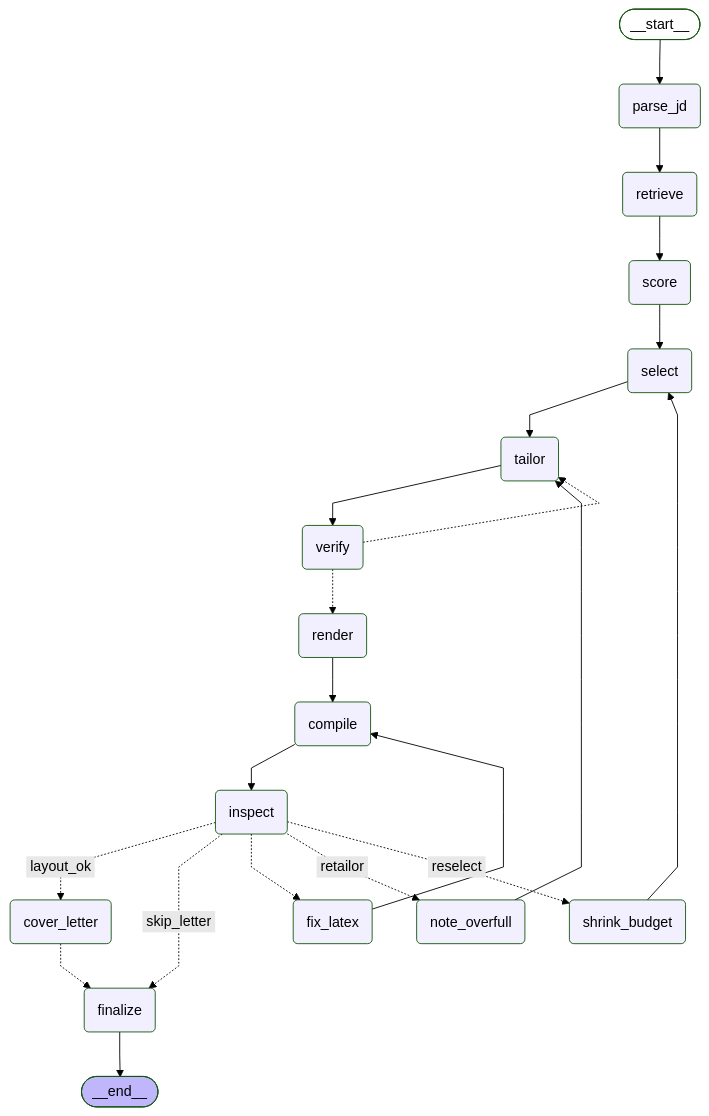
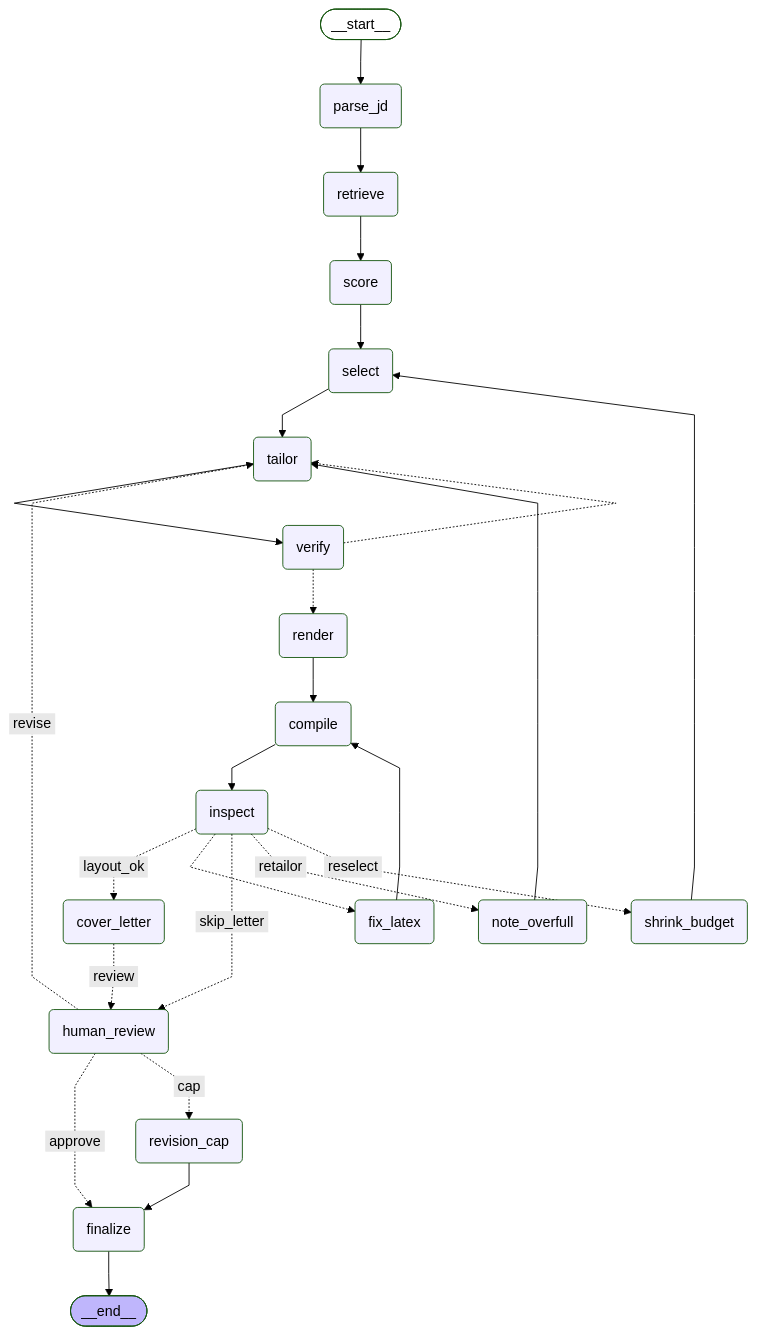
The diagram in README.md (jrdyfrdy/resume-agent), drawn with Mermaid (forest theme) before and after one commit. The commit also changed other lines of this file and 14 other files, not shown here.

````diff
--- a/README.md
+++ b/README.md
@@ -191,47 +227,53 @@
 ```mermaid
 ---
 config:
   flowchart:
     curve: linear
 ---
 graph TD;
 	__start__([<p>__start__</p>]):::first
 	parse_jd(parse_jd)
 	retrieve(retrieve)
 	score(score)
 	select(select)
 	tailor(tailor)
 	verify(verify)
 	render(render)
 	compile(compile)
 	inspect(inspect)
 	fix_latex(fix_latex)
 	shrink_budget(shrink_budget)
 	note_overfull(note_overfull)
 	cover_letter(cover_letter)
+	human_review(human_review)
+	revision_cap(revision_cap)
 	finalize(finalize)
 	__end__([<p>__end__</p>]):::last
 	__start__ --> parse_jd;
 	compile --> inspect;
-	cover_letter -.-> finalize;
+	cover_letter -. &nbsp;review&nbsp; .-> human_review;
 	fix_latex --> compile;
+	human_review -. &nbsp;approve&nbsp; .-> finalize;
+	human_review -. &nbsp;cap&nbsp; .-> revision_cap;
+	human_review -. &nbsp;revise&nbsp; .-> tailor;
 	inspect -. &nbsp;layout_ok&nbsp; .-> cover_letter;
-	inspect -. &nbsp;skip_letter&nbsp; .-> finalize;
 	inspect -.-> fix_latex;
+	inspect -. &nbsp;skip_letter&nbsp; .-> human_review;
 	inspect -. &nbsp;retailor&nbsp; .-> note_overfull;
 	inspect -. &nbsp;reselect&nbsp; .-> shrink_budget;
 	note_overfull --> tailor;
 	parse_jd --> retrieve;
 	render --> compile;
 	retrieve --> score;
+	revision_cap --> finalize;
 	score --> select;
 	select --> tailor;
 	shrink_budget --> select;
 	tailor --> verify;
 	verify -.-> render;
 	verify -.-> tailor;
 	finalize --> __end__;
 	classDef default fill:#f2f0ff,line-height:1.2
 	classDef first fill-opacity:0
 	classDef last fill:#bfb6fc
 ```
````
